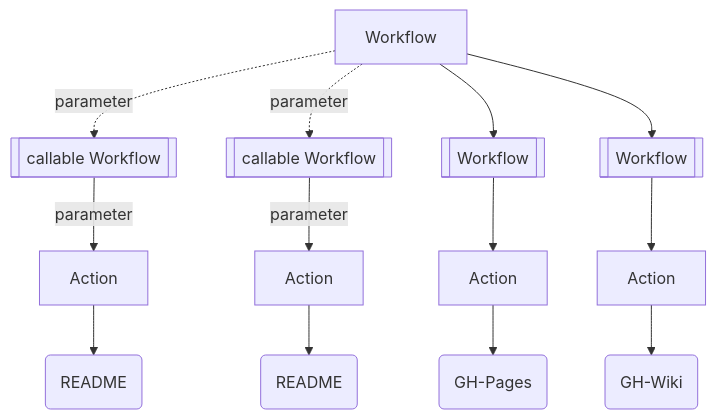
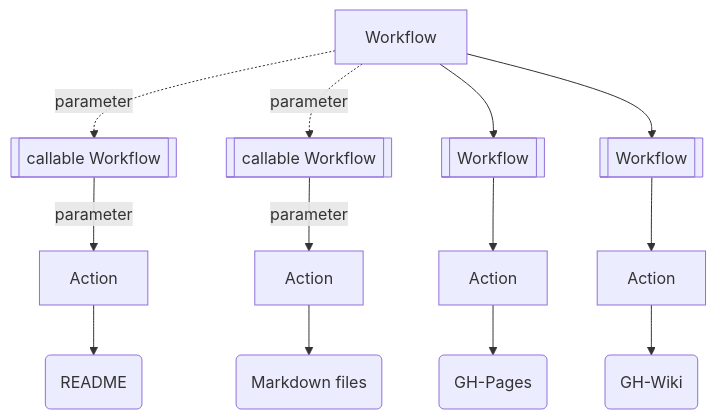
Before and after one commit to Zheng-Bote/repo-template: the second of 4 diagrams in README.md, drawn with Mermaid. The commit also changed other lines of this file, not shown here.

````diff
--- a/README.md
+++ b/README.md
@@ -215,18 +218,18 @@
 ```mermaid
 flowchart TD;
     A[Workflow]-. parameter .->B[[callable Workflow]]
     B-- parameter -->C[Action]
     C-->D(README)
 
     A[Workflow]-. parameter .->E[[callable Workflow]]
     E-- parameter -->F[Action]
-    F-->J(README)
+    F-->J(Markdown files)
 
     A[Workflow]-->K[[Workflow]]
     K-->L[Action]
     L-->M("GH-Pages")
 
     A[Workflow]-->N[[Workflow]]
     N-->O[Action]
     O-->P("GH-Wiki")
 ```
````
